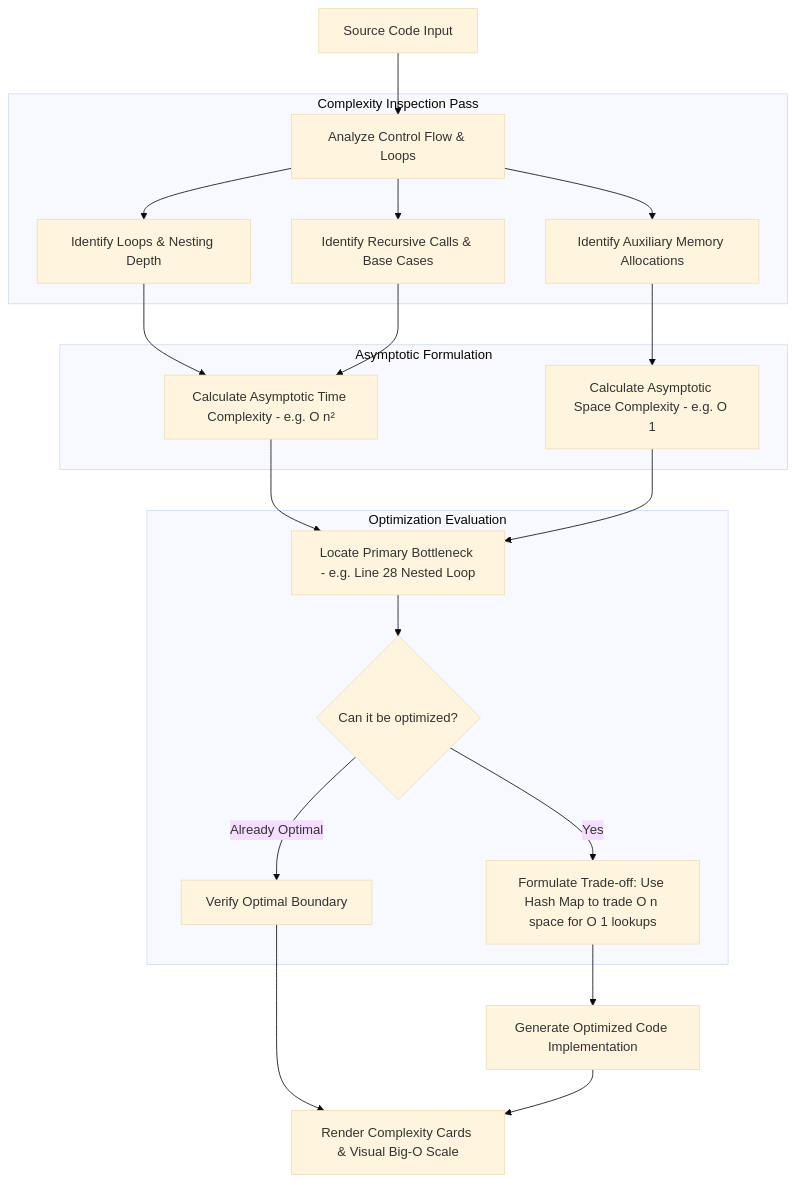
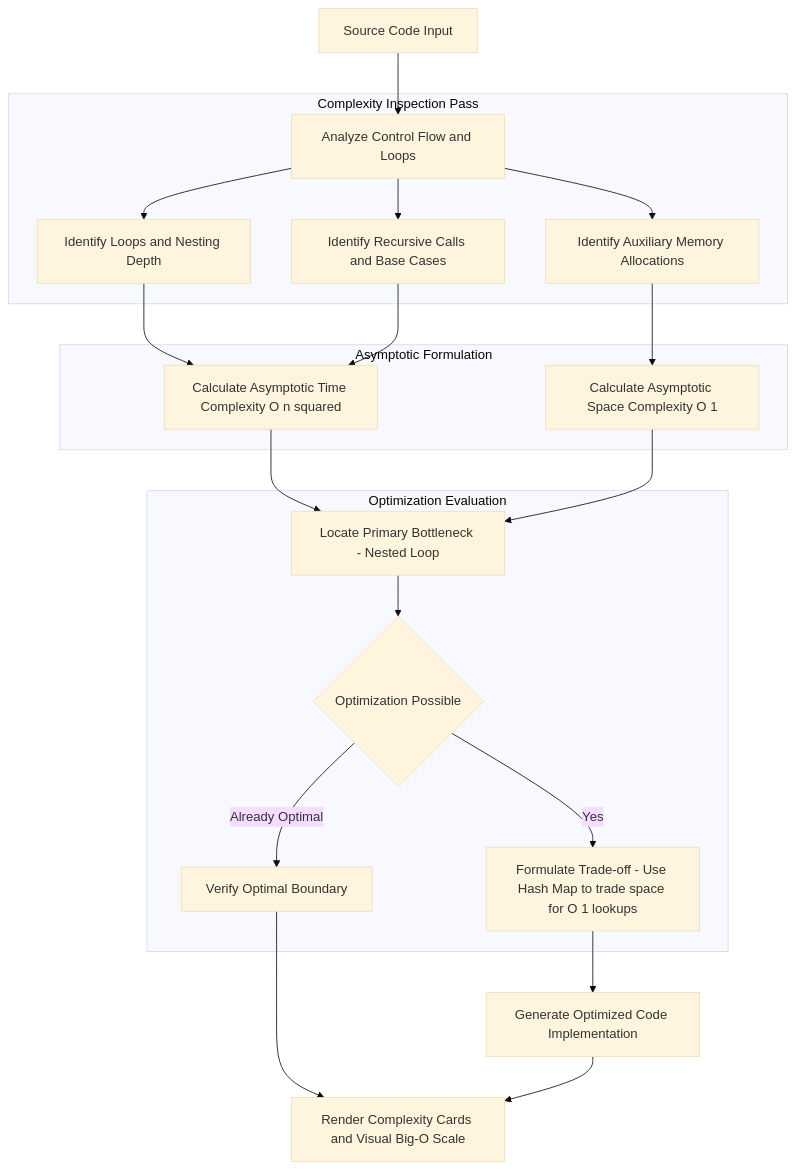
Before and after one commit to Raj-Panwar/AICode-Reviewer: the sixth of 11 diagrams in README.md, drawn with Mermaid (base theme). The commit also changed other lines of this file, not shown here.

First line of the commit message:
docs: update flowchart labels in README

````diff
--- a/README.md
+++ b/README.md
@@ -487,28 +487,28 @@
 ```mermaid
 flowchart TD
-    InputCode[Source Code Input] --> ParseStructure[Analyze Control Flow & Loops]
+    InputCode[Source Code Input] --> ParseStructure[Analyze Control Flow and Loops]
 
     subgraph StructuralParsing [Complexity Inspection Pass]
-        ParseStructure --> DetectLoops[Identify Loops & Nesting Depth]
-        ParseStructure --> DetectRecursion[Identify Recursive Calls & Base Cases]
+        ParseStructure --> DetectLoops[Identify Loops and Nesting Depth]
+        ParseStructure --> DetectRecursion[Identify Recursive Calls and Base Cases]
         ParseStructure --> DetectDataStructures[Identify Auxiliary Memory Allocations]
     end
 
     subgraph AsymptoticEstimation [Asymptotic Formulation]
-        DetectLoops --> TimeCalc[Calculate Asymptotic Time Complexity - e.g. O n²]
+        DetectLoops --> TimeCalc[Calculate Asymptotic Time Complexity O n squared]
         DetectRecursion --> TimeCalc
-        DetectDataStructures --> SpaceCalc[Calculate Asymptotic Space Complexity - e.g. O 1]
+        DetectDataStructures --> SpaceCalc[Calculate Asymptotic Space Complexity O 1]
     end
 
     subgraph OptimizationEngine [Optimization Evaluation]
-        TimeCalc --> IdentifyBottleneck[Locate Primary Bottleneck - e.g. Line 28 Nested Loop]
+        TimeCalc --> IdentifyBottleneck[Locate Primary Bottleneck - Nested Loop]
         SpaceCalc --> IdentifyBottleneck
-        IdentifyBottleneck --> EvaluateFeasibility{Can it be optimized?}
-        EvaluateFeasibility -->|Yes| FormulateTradeoff[Formulate Trade-off: Use Hash Map to trade O n space for O 1 lookups]
+        IdentifyBottleneck --> EvaluateFeasibility{Optimization Possible}
+        EvaluateFeasibility -->|Yes| FormulateTradeoff[Formulate Trade-off - Use Hash Map to trade space for O 1 lookups]
         EvaluateFeasibility -->|Already Optimal| ConfirmOptimal[Verify Optimal Boundary]
     end
 
     FormulateTradeoff --> GenerateOptimized[Generate Optimized Code Implementation]
-    ConfirmOptimal --> DisplayMetrics[Render Complexity Cards & Visual Big-O Scale]
+    ConfirmOptimal --> DisplayMetrics[Render Complexity Cards and Visual Big-O Scale]
     GenerateOptimized --> DisplayMetrics
 ```
````
